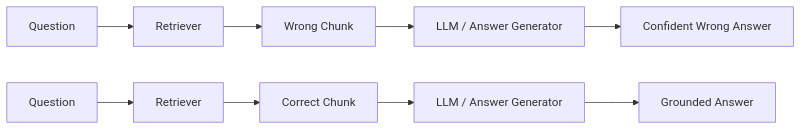
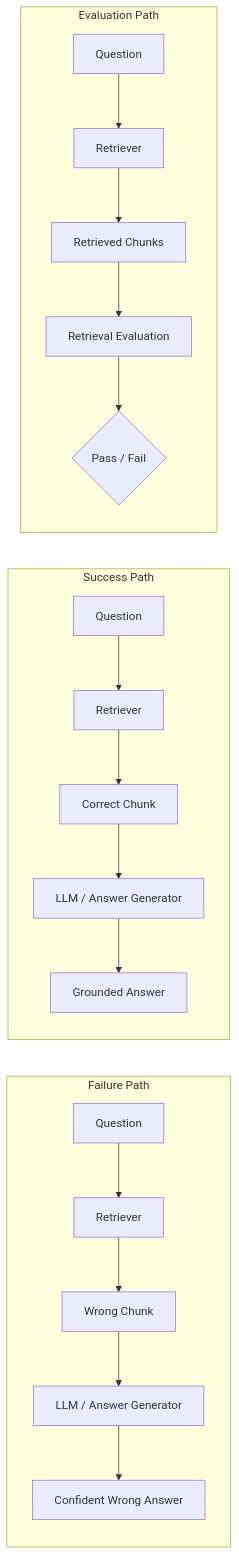
The diagram in diagrams/rag-retrieval-failure.mmd (s-teka/terkeka-rag-retrieval-eval), drawn with Mermaid before and after one commit. The commit also changed 6 other files, not shown here.

```diff
--- a/diagrams/rag-retrieval-failure.mmd
+++ b/diagrams/rag-retrieval-failure.mmd
@@ -1,10 +1,21 @@
 flowchart LR
-    Q[Question] --> R[Retriever]
-    R --> W[Wrong Chunk]
-    W --> L[LLM / Answer Generator]
-    L --> A[Confident Wrong Answer]
+    subgraph Failure Path
+        Q[Question] --> R[Retriever]
+        R --> W[Wrong Chunk]
+        W --> L[LLM / Answer Generator]
+        L --> A[Confident Wrong Answer]
+    end
 
-    Q2[Question] --> R2[Retriever]
-    R2 --> C[Correct Chunk]
-    C --> L2[LLM / Answer Generator]
-    L2 --> G[Grounded Answer]
+    subgraph Success Path
+        Q2[Question] --> R2[Retriever]
+        R2 --> C[Correct Chunk]
+        C --> L2[LLM / Answer Generator]
+        L2 --> G[Grounded Answer]
+    end
+
+    subgraph Evaluation Path
+        Q3[Question] --> R3[Retriever]
+        R3 --> RC[Retrieved Chunks]
+        RC --> EV[Retrieval Evaluation]
+        EV --> PF{Pass / Fail}
+    end
```
